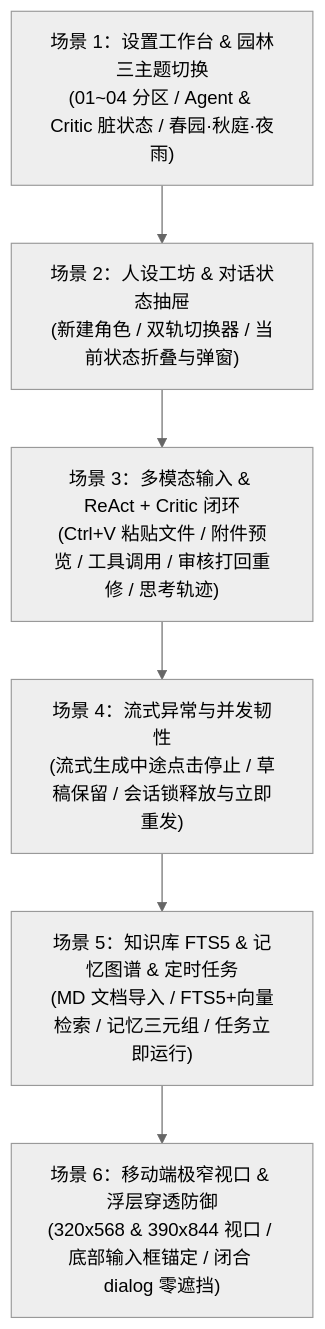
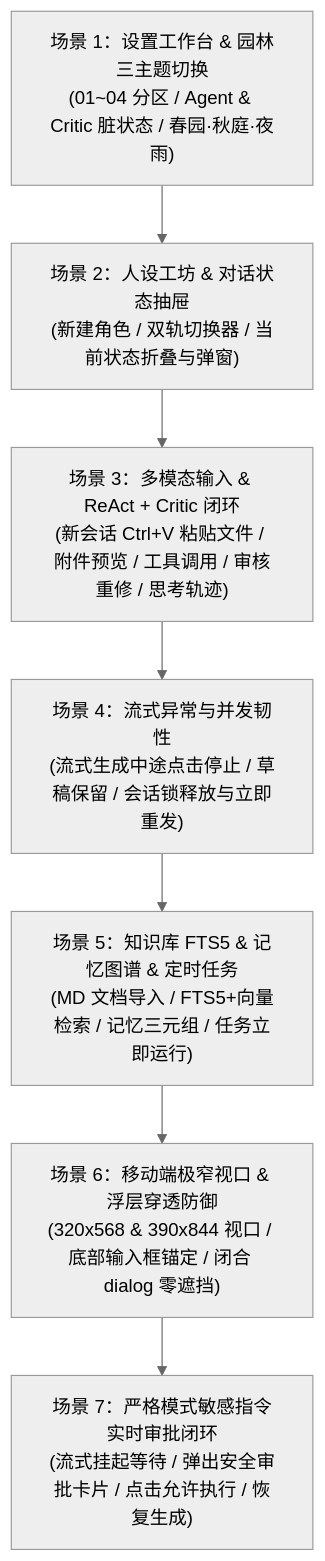
The diagram in docs/真实用户操作模拟测试报告.md (4586j/aichat), drawn with Mermaid (neutral theme) before and after one commit. The commit also changed other lines of this file and 8 other files, not shown here.

Commit message:
fix(chat): resolve approval UI flow, new-conversation attachment migration, and attachment context isolation

````diff
--- a/docs/真实用户操作模拟测试报告.md
+++ b/docs/真实用户操作模拟测试报告.md
@@ -13,8 +13,9 @@
 ```mermaid
 flowchart TD
     S1["场景 1：设置工作台 & 园林三主题切换<br/>(01~04 分区 / Agent & Critic 脏状态 / 春园·秋庭·夜雨)"] --> S2["场景 2：人设工坊 & 对话状态抽屉<br/>(新建角色 / 双轨切换器 / 当前状态折叠与弹窗)"]
-    S2 --> S3["场景 3：多模态输入 & ReAct + Critic 闭环<br/>(Ctrl+V 粘贴文件 / 附件预览 / 工具调用 / 审核打回重修 / 思考轨迹)"]
+    S2 --> S3["场景 3：多模态输入 & ReAct + Critic 闭环<br/>(新会话 Ctrl+V 粘贴文件 / 附件预览 / 工具调用 / 审核重修 / 思考轨迹)"]
     S3 --> S4["场景 4：流式异常与并发韧性<br/>(流式生成中途点击停止 / 草稿保留 / 会话锁释放与立即重发)"]
     S4 --> S5["场景 5：知识库 FTS5 & 记忆图谱 & 定时任务<br/>(MD 文档导入 / FTS5+向量检索 / 记忆三元组 / 任务立即运行)"]
     S5 --> S6["场景 6：移动端极窄视口 & 浮层穿透防御<br/>(320x568 & 390x844 视口 / 底部输入框锚定 / 闭合 dialog 零遮挡)"]
+    S6 --> S7["场景 7：严格模式敏感指令实时审批闭环<br/>(流式挂起等待 / 弹出安全审批卡片 / 点击允许执行 / 恢复生成)"]
 ```
````
